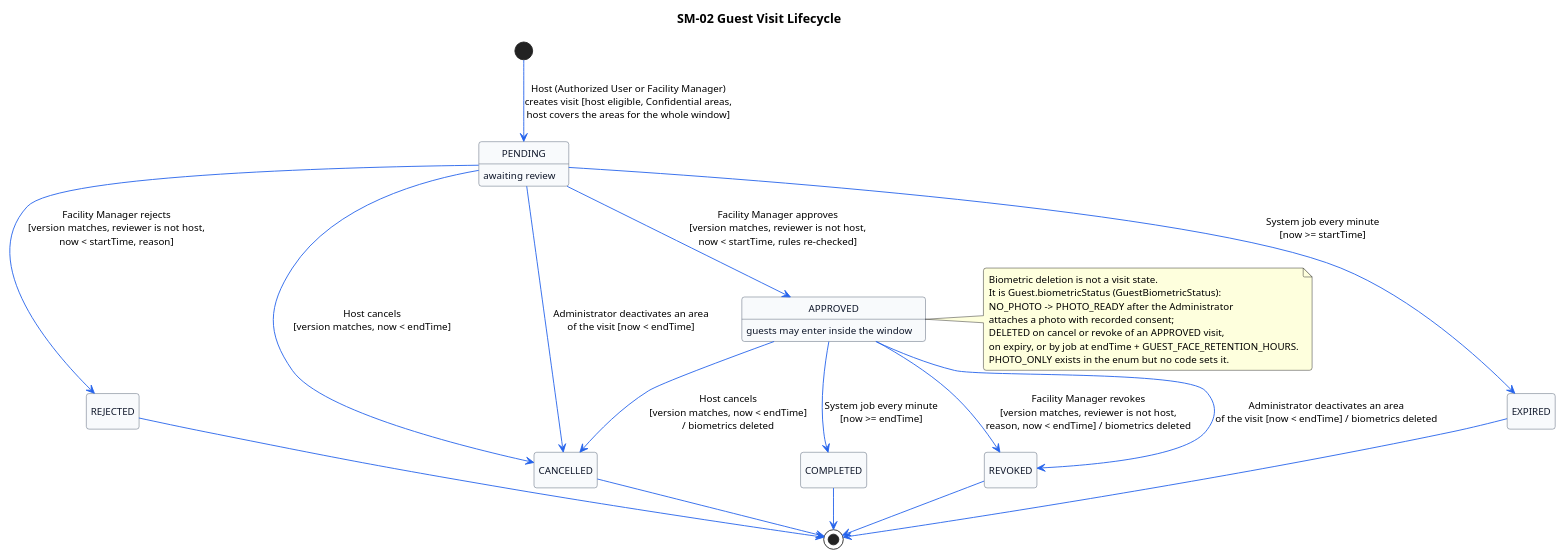
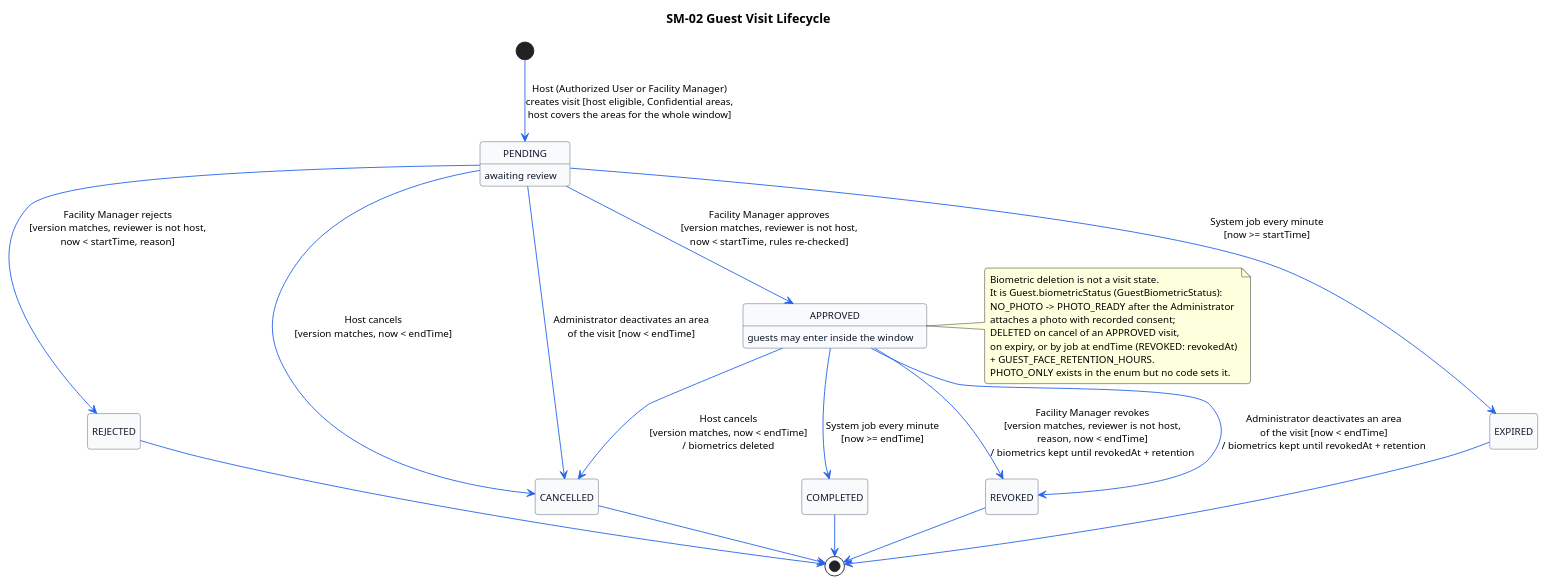
Before and after one commit to AnhHao2505/AI-Based-Intelligent-Campus-Security-Surveillance-System: the diagram in docs/diagrams/state-guest-visit.puml, drawn with PlantUML. The commit also changed 14 other files, not shown here.

Commit message:
fix(guest): keep guest biometrics for the retention period after revocation; default 72 h (V133)

```diff
--- a/docs/diagrams/state-guest-visit.puml
+++ b/docs/diagrams/state-guest-visit.puml
@@ -1,58 +1,59 @@
 @startuml state-guest-visit
 ' Title: SM-02 Guest visit lifecycle (PlantUML version of state-guest-visit.mmd, keep both in sync)
 ' Source: enums/GuestVisitStatus.java, service/GuestVisitService.java (create, review, cancel, revoke,
 '   closeForAreaDeactivation), service/GuestVisitJobService.java, scheduler/GuestVisitScheduler.java · Generated from main @ e474968
 skinparam backgroundColor #FFFFFF
 skinparam defaultFontName Arial
 skinparam defaultFontSize 11
 skinparam roundCorner 6
 skinparam shadowing false
 skinparam nodesep 65
 skinparam ranksep 45
 skinparam stateStartColor #000000
 skinparam stateEndColor #000000
 skinparam stateBackgroundColor #F8FAFC
 skinparam stateBorderColor #475569
 skinparam stateFontColor #0F172A
 skinparam stateArrowColor #2563EB
 hide empty description
 
 title SM-02 Guest Visit Lifecycle
 
 state PENDING : awaiting review
 state APPROVED : guests may enter inside the window
 state REJECTED
 state CANCELLED
 state REVOKED
 state EXPIRED
 state COMPLETED
 
 [*] --> PENDING : Host (Authorized User or Facility Manager)\ncreates visit [host eligible, Confidential areas,\nhost covers the areas for the whole window]
 
 PENDING --> APPROVED : Facility Manager approves\n[version matches, reviewer is not host,\nnow < startTime, rules re-checked]
 PENDING --> REJECTED : Facility Manager rejects\n[version matches, reviewer is not host,\nnow < startTime, reason]
 PENDING --> CANCELLED : Host cancels\n[version matches, now < endTime]
 PENDING --> CANCELLED : Administrator deactivates an area\nof the visit [now < endTime]
 PENDING --> EXPIRED : System job every minute\n[now >= startTime]
 
 APPROVED --> CANCELLED : Host cancels\n[version matches, now < endTime]\n/ biometrics deleted
-APPROVED --> REVOKED : Facility Manager revokes\n[version matches, reviewer is not host,\nreason, now < endTime] / biometrics deleted
-APPROVED --> REVOKED : Administrator deactivates an area\nof the visit [now < endTime] / biometrics deleted
+APPROVED --> REVOKED : Facility Manager revokes\n[version matches, reviewer is not host,\nreason, now < endTime]\n/ biometrics kept until revokedAt + retention
+APPROVED --> REVOKED : Administrator deactivates an area\nof the visit [now < endTime]\n/ biometrics kept until revokedAt + retention
 APPROVED --> COMPLETED : System job every minute\n[now >= endTime]
 
 REJECTED --> [*]
 CANCELLED --> [*]
 REVOKED --> [*]
 EXPIRED --> [*]
 COMPLETED --> [*]
 
 note right of APPROVED
   Biometric deletion is not a visit state.
   It is Guest.biometricStatus (GuestBiometricStatus):
   NO_PHOTO -> PHOTO_READY after the Administrator
   attaches a photo with recorded consent;
-  DELETED on cancel or revoke of an APPROVED visit,
-  on expiry, or by job at endTime + GUEST_FACE_RETENTION_HOURS.
+  DELETED on cancel of an APPROVED visit,
+  on expiry, or by job at endTime (REVOKED: revokedAt)
+  + GUEST_FACE_RETENTION_HOURS.
   PHOTO_ONLY exists in the enum but no code sets it.
 end note
 @enduml
```
